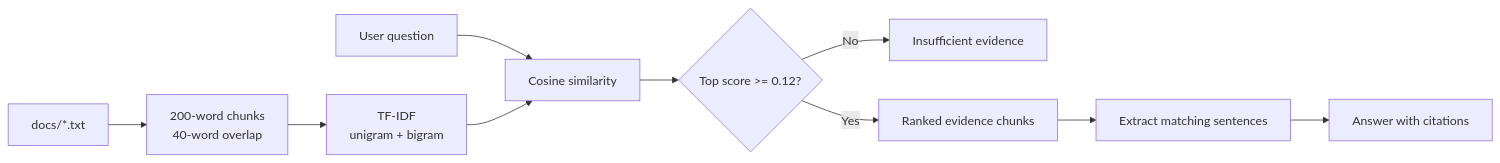
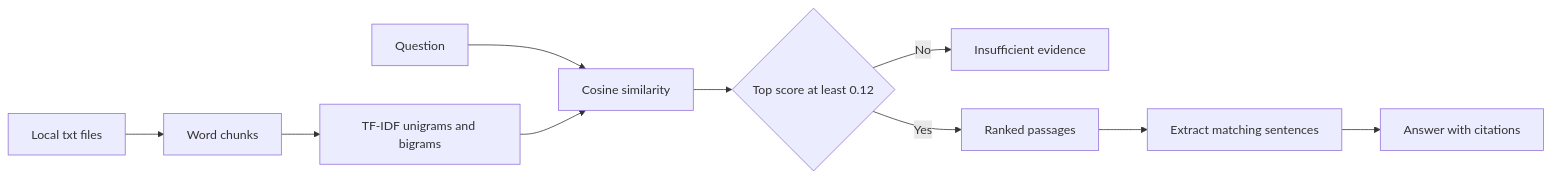
The diagram in README.md (wangkeyu-u/local-extractive-rag-service), drawn with Mermaid before and after one commit. The commit also changed other lines of this file and 16 other files, not shown here.

````diff
--- a/README.md
+++ b/README.md
@@ -42,12 +79,12 @@
 ```mermaid
 flowchart LR
-    A[docs/*.txt] --> B[200-word chunks\n40-word overlap]
-    B --> C[TF-IDF\nunigram + bigram]
-    Q[User question] --> D[Cosine similarity]
+    A[Local txt files] --> B[Word chunks]
+    B --> C[TF-IDF unigrams and bigrams]
+    Q[Question] --> D[Cosine similarity]
     C --> D
-    D --> E{Top score >= 0.12?}
+    D --> E{Top score at least 0.12}
     E -- No --> F[Insufficient evidence]
-    E -- Yes --> G[Ranked evidence chunks]
+    E -- Yes --> G[Ranked passages]
     G --> H[Extract matching sentences]
     H --> I[Answer with citations]
 ```
````
